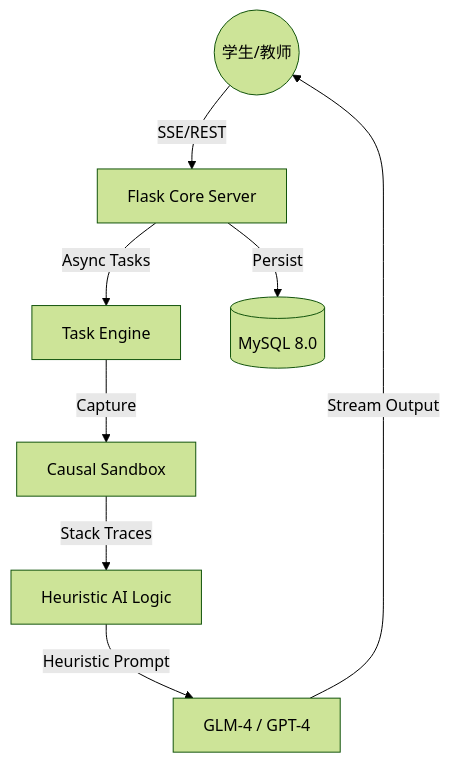
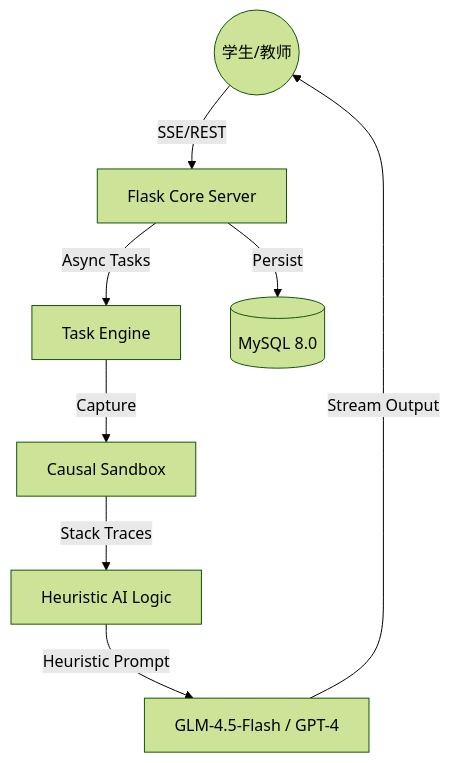
The diagram in README.md (Swan1127/CodeSense), drawn with Mermaid (forest theme) before and after one commit. The commit also changed other lines of this file, not shown here.

Commit message:
docs: update README to highlight the heuristic three-stage guided learning system

````diff
--- a/README.md
+++ b/README.md
@@ -64,10 +69,10 @@
 ```mermaid
 graph TD
     User((学生/教师)) -->|SSE/REST| Web[Flask Core Server]
     Web -->|Async Tasks| Queue[Task Engine]
     Queue -->|Capture| Sandbox[Causal Sandbox]
     Sandbox -->|Stack Traces| AI[Heuristic AI Logic]
-    AI -->|Heuristic Prompt| LLM[GLM-4 / GPT-4]
+    AI -->|Heuristic Prompt| LLM[GLM-4.5-Flash / GPT-4]
     LLM -->|Stream Output| User
     Web -->|Persist| DB[(MySQL 8.0)]
 ```
````
